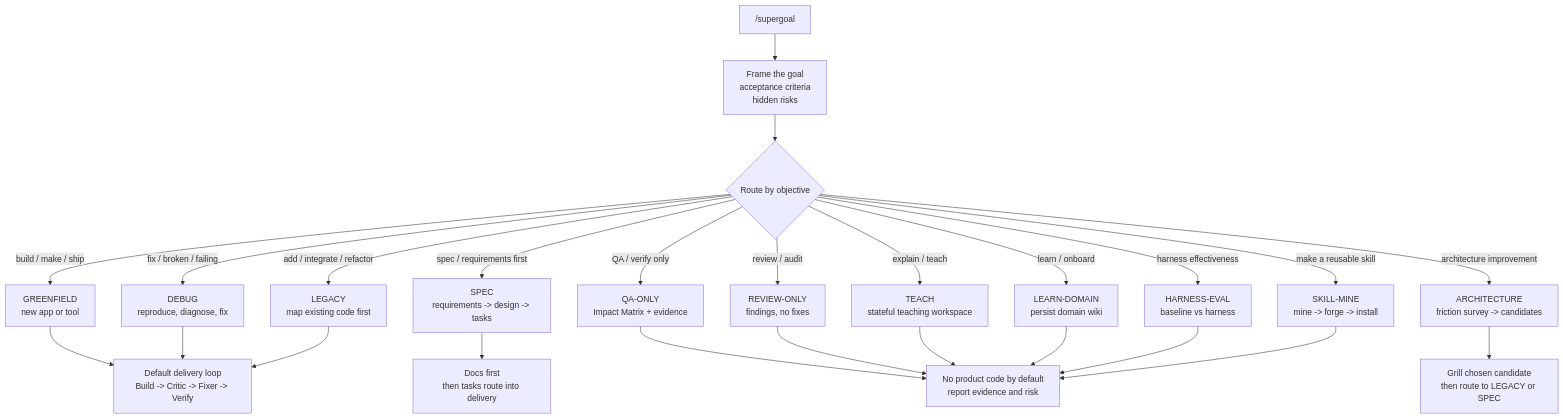
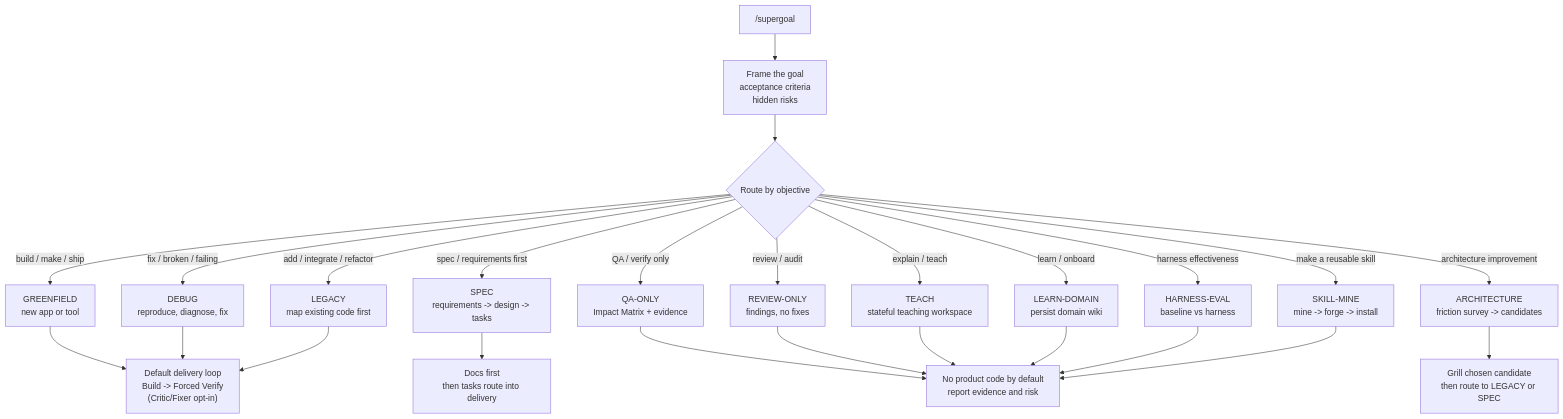
One commit to cskwork/supergoal-skill changed the diagram in README.md. Above: the diagram before and after it, drawn with Mermaid. The commit also changed other lines of this file and 7 other files, not shown here.

````diff
--- a/README.md
+++ b/README.md
@@ -60,31 +63,31 @@
 ```mermaid
 flowchart TD
     A["/supergoal <one heavy objective>"] --> B["Frame the goal<br/>acceptance criteria<br/>hidden risks"]
     B --> C{"Route by objective"}
 
     C -->|"build / make / ship"| GREENFIELD["GREENFIELD<br/>new app or tool"]
     C -->|"fix / broken / failing"| DEBUG["DEBUG<br/>reproduce, diagnose, fix"]
     C -->|"add / integrate / refactor"| LEGACY["LEGACY<br/>map existing code first"]
     C -->|"spec / requirements first"| SPEC["SPEC<br/>requirements -> design -> tasks"]
     C -->|"QA / verify only"| QAONLY["QA-ONLY<br/>Impact Matrix + evidence"]
     C -->|"review / audit"| REVIEW["REVIEW-ONLY<br/>findings, no fixes"]
     C -->|"architecture improvement"| ARCHITECTURE["ARCHITECTURE<br/>friction survey -> candidates"]
     C -->|"explain / teach"| TEACH["TEACH<br/>stateful teaching workspace"]
     C -->|"learn / onboard"| LEARN["LEARN-DOMAIN<br/>persist domain wiki"]
     C -->|"harness effectiveness"| HARNESS["HARNESS-EVAL<br/>baseline vs harness"]
     C -->|"make a reusable skill"| SKILLMINE["SKILL-MINE<br/>mine -> forge -> install"]
 
-    GREENFIELD --> LOOP["Default delivery loop<br/>Build -> Critic -> Fixer -> Verify"]
+    GREENFIELD --> LOOP["Default delivery loop<br/>Build -> Forced Verify<br/>(Critic/Fixer opt-in)"]
     DEBUG --> LOOP
     LEGACY --> LOOP
 
     SPEC --> DOCS["Docs first<br/>then tasks route into delivery"]
     ARCHITECTURE --> PICK["Grill chosen candidate<br/>then route to LEGACY or SPEC"]
 
     QAONLY --> REPORT["No product code by default<br/>report evidence and risk"]
     REVIEW --> REPORT
     TEACH --> REPORT
     LEARN --> REPORT
     HARNESS --> REPORT
     SKILLMINE --> REPORT
 ```
````
